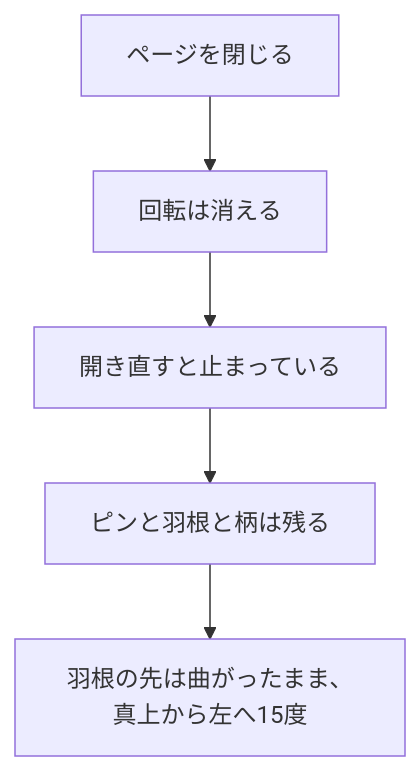
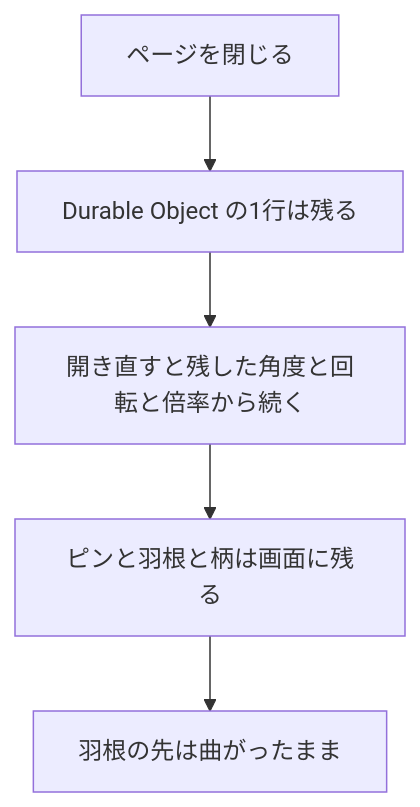
One commit to pfgnsb/hand-spinner changed the third of 3 diagrams in spinner/ドキュメント/ER図.md. Above: the diagram before and after it, drawn with Mermaid. The commit also changed other lines of this file and 22 other files, not shown here.

Commit message:
回した向きと倍率を Durable Object に残し、README に技術スタックを書く。

````diff
--- a/spinner/ドキュメント/ER図.md
+++ b/spinner/ドキュメント/ER図.md
@@ -122,7 +122,7 @@
 ```mermaid
 flowchart TD
-  a[ページを閉じる] --> b[回転は消える]
-  b --> c[開き直すと止まっている]
-  c --> d[ピンと羽根と柄は残る]
-  d --> e[羽根の先は曲がったまま、真上から左へ15度]
+  a[ページを閉じる] --> b[Durable Object の1行は残る]
+  b --> c[開き直すと残した角度と回転と倍率から続く]
+  c --> d[ピンと羽根と柄は画面に残る]
+  d --> e[羽根の先は曲がったまま]
 ```
````
